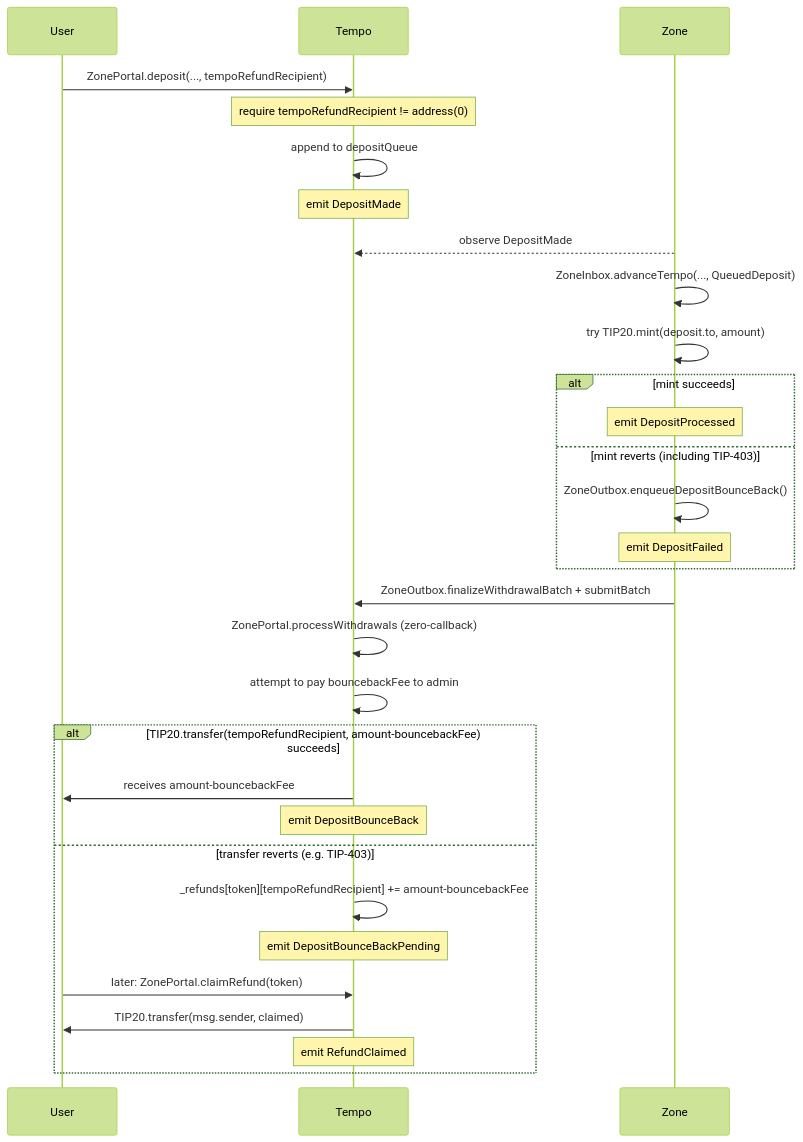
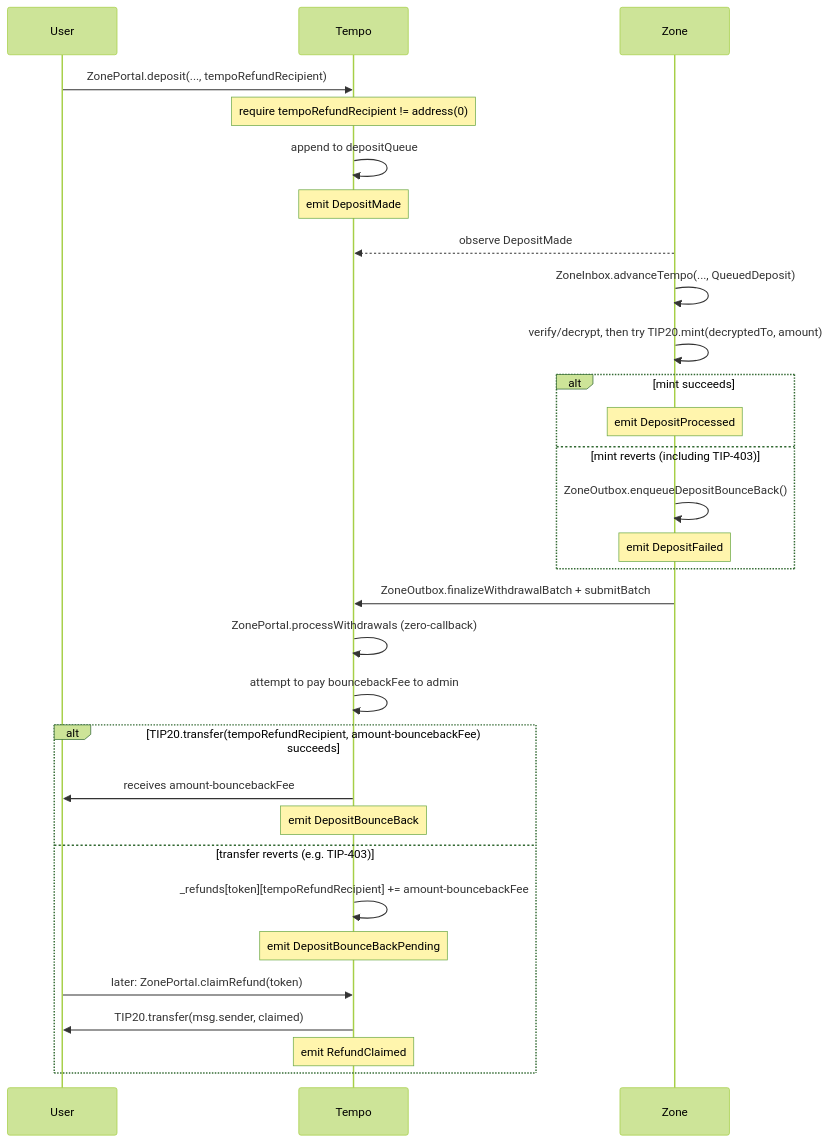
Before and after one commit to Dustin4444/zones: the third of 5 diagrams in specs/spec.md, drawn with Mermaid (forest theme). The commit also changed other lines of this file and 61 other files, not shown here.

````diff
--- a/specs/spec.md
+++ b/specs/spec.md
@@ -560,33 +528,33 @@
 ```mermaid
 sequenceDiagram
     participant U as User
     participant T as Tempo
     participant Z as Zone
 
     U->>T: ZonePortal.deposit(..., tempoRefundRecipient)
     Note over T: require tempoRefundRecipient != address(0)
     T->>T: append to depositQueue
     Note over T: emit DepositMade
     Z-->>T: observe DepositMade
     Z->>Z: ZoneInbox.advanceTempo(..., QueuedDeposit)
-    Z->>Z: try TIP20.mint(deposit.to, amount)
+    Z->>Z: verify/decrypt, then try TIP20.mint(decryptedTo, amount)
     alt mint succeeds
         Note over Z: emit DepositProcessed
     else mint reverts (including TIP-403)
         Z->>Z: ZoneOutbox.enqueueDepositBounceBack()
         Note over Z: emit DepositFailed
     end
     Z->>T: ZoneOutbox.finalizeWithdrawalBatch + submitBatch
     T->>T: ZonePortal.processWithdrawals (zero-callback)
     T->>T: attempt to pay bouncebackFee to admin
     alt TIP20.transfer(tempoRefundRecipient, amount-bouncebackFee) succeeds
         T->>U: receives amount-bouncebackFee
         Note over T: emit DepositBounceBack
     else transfer reverts (e.g. TIP-403)
         T->>T: _refunds[token][tempoRefundRecipient] += amount-bouncebackFee
         Note over T: emit DepositBounceBackPending
         U->>T: later: ZonePortal.claimRefund(token)
         T->>U: TIP20.transfer(msg.sender, claimed)
         Note over T: emit RefundClaimed
     end
 ```
````
